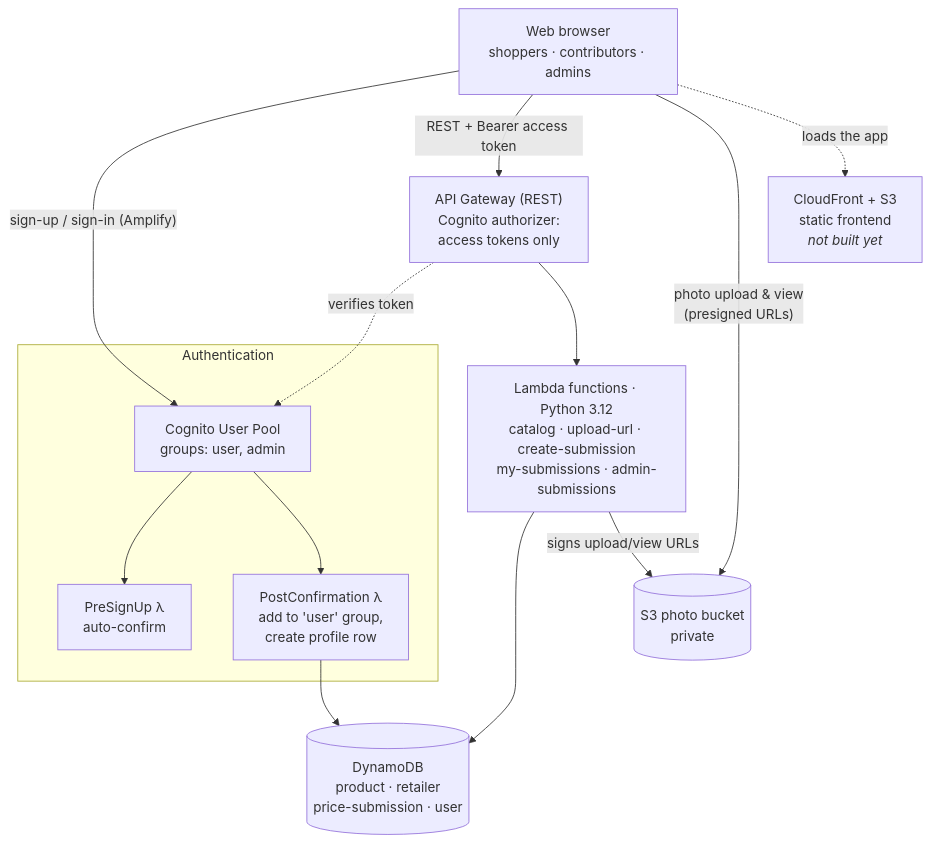
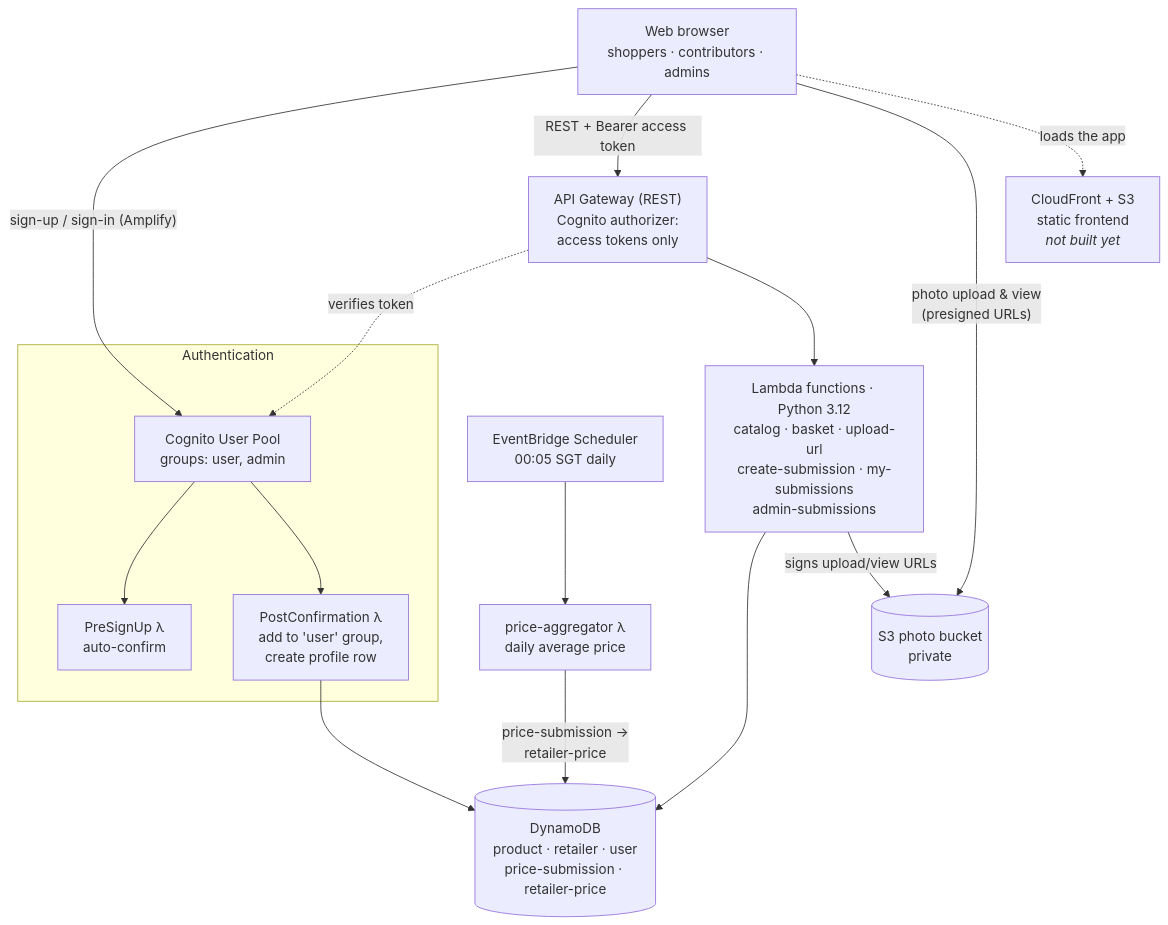
The first of 5 diagrams in docs/architecture/ARCHITECTURE.md (Gareth2-YS/TrolleySaver), drawn with Mermaid before and after one commit. The commit also changed other lines of this file and 18 other files, not shown here.

Commit message:
Create new Retailer Price table

````diff
--- a/docs/architecture/ARCHITECTURE.md
+++ b/docs/architecture/ARCHITECTURE.md
@@ -18,28 +18,32 @@
 ```mermaid
 flowchart TB
     B["Web browser<br/>shoppers · contributors · admins"]
 
     subgraph auth["Authentication"]
         C["Cognito User Pool<br/>groups: user, admin"]
         PSU["PreSignUp λ<br/>auto-confirm"]
         PCF["PostConfirmation λ<br/>add to 'user' group,<br/>create profile row"]
     end
 
     API["API Gateway (REST)<br/>Cognito authorizer:<br/>access tokens only"]
-    L["Lambda functions · Python 3.12<br/>catalog · upload-url · create-submission<br/>my-submissions · admin-submissions"]
-    D[("DynamoDB<br/>product · retailer<br/>price-submission · user")]
+    L["Lambda functions · Python 3.12<br/>catalog · basket · upload-url<br/>create-submission · my-submissions<br/>admin-submissions"]
+    D[("DynamoDB<br/>product · retailer · user<br/>price-submission · retailer-price")]
+    S["EventBridge Scheduler<br/>00:05 SGT daily"]
+    AG["price-aggregator λ<br/>daily average price"]
     P[("S3 photo bucket<br/>private")]
     CF["CloudFront + S3<br/>static frontend<br/><i>not built yet</i>"]
 
     B -- "sign-up / sign-in (Amplify)" --> C
     C --> PSU
     C --> PCF
     PCF --> D
     B -- "REST + Bearer access token" --> API
     API -. "verifies token" .-> C
     API --> L
     L --> D
+    S --> AG
+    AG -- "price-submission →<br/>retailer-price" --> D
     L -- "signs upload/view URLs" --> P
     B -- "photo upload & view<br/>(presigned URLs)" --> P
     B -. "loads the app" .-> CF
 ```
````
